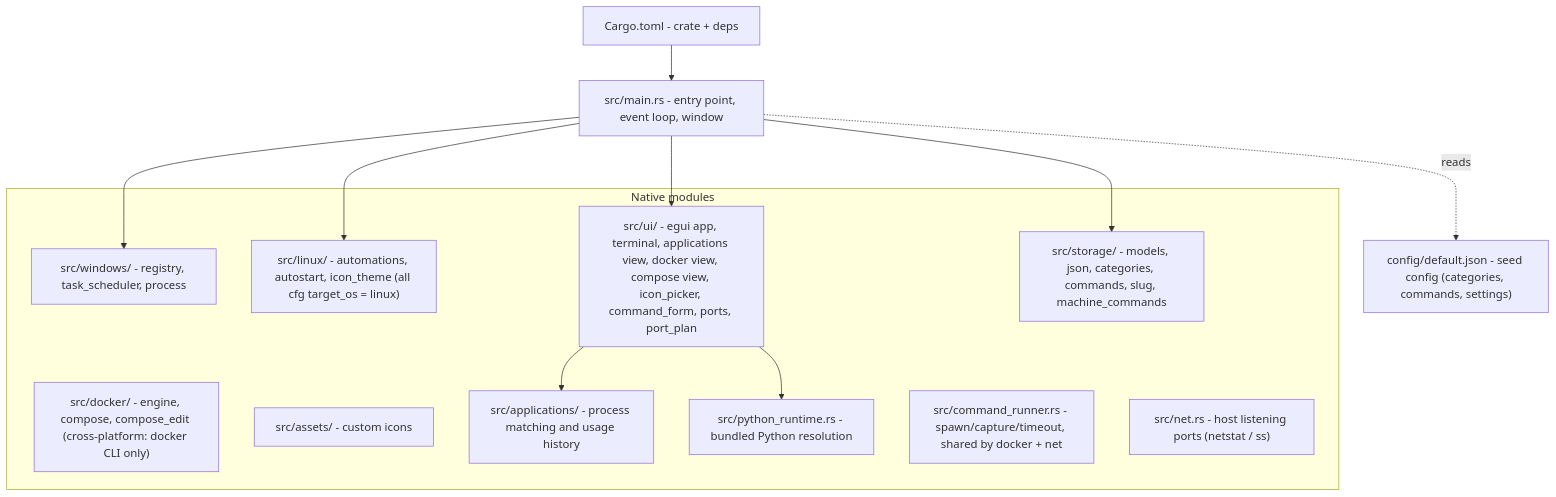
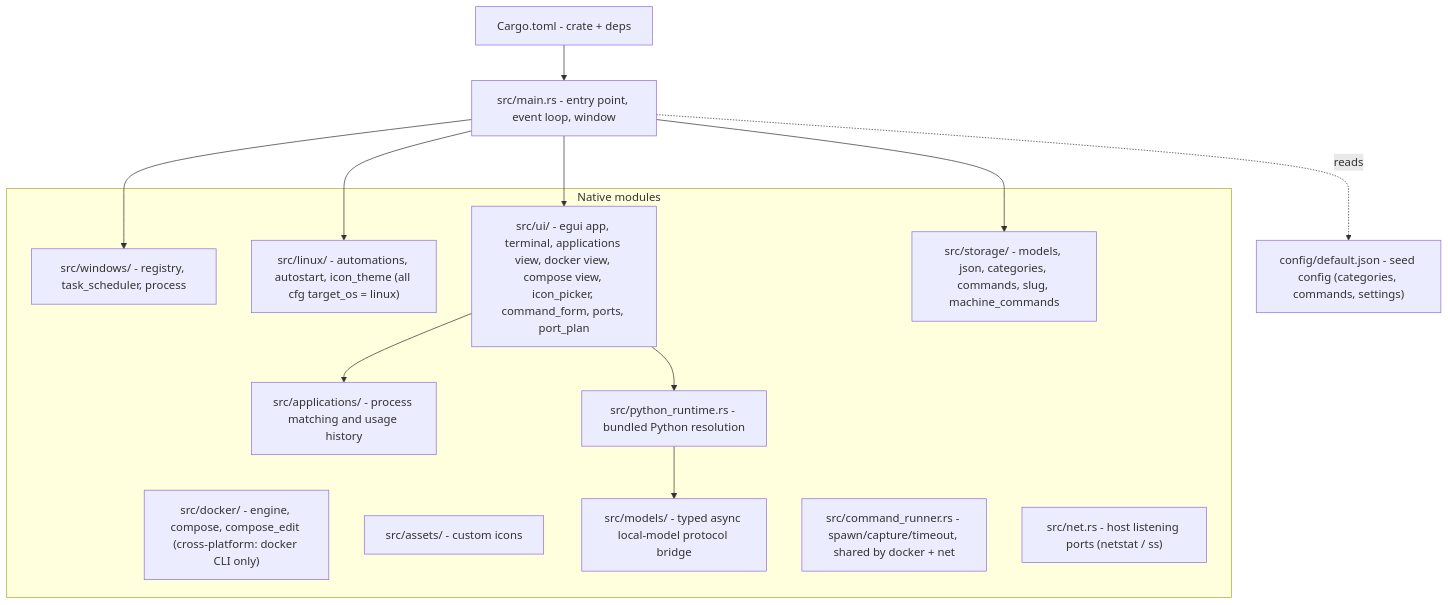
The diagram in aidd_docs/memory/codebase-map.md (RebelliousSmile/DevToolBox), drawn with Mermaid before and after one commit. The commit also changed other lines of this file and 10 other files, not shown here.

Commit message:
feat(models): add asynchronous Rust bridge

````diff
--- a/aidd_docs/memory/codebase-map.md
+++ b/aidd_docs/memory/codebase-map.md
@@ -6,29 +6,31 @@
 ```mermaid
 flowchart TD
     MAIN["src/main.rs - entry point, event loop, window"]
     CFG["config/default.json - seed config (categories, commands, settings)"]
     CARGO["Cargo.toml - crate + deps"]
 
     MAIN -.reads.-> CFG
     CARGO --> MAIN
 
     subgraph Native["Native modules"]
         WINMOD["src/windows/ - registry, task_scheduler, process"]
         LINMOD["src/linux/ - automations, autostart, icon_theme (all cfg target_os = linux)"]
         DOCKMOD["src/docker/ - engine, compose, compose_edit (cross-platform: docker CLI only)"]
         UIMOD["src/ui/ - egui app, terminal, applications view, docker view, compose view, icon_picker, command_form, ports, port_plan"]
         STOREMOD["src/storage/ - models, json, categories, commands, slug, machine_commands"]
         ASSETS["src/assets/ - custom icons"]
         APPMOD["src/applications/ - process matching and usage history"]
         PYRUN["src/python_runtime.rs - bundled Python resolution"]
+        MODELS["src/models/ - typed async local-model protocol bridge"]
         RUNNER["src/command_runner.rs - spawn/capture/timeout, shared by docker + net"]
         NETMOD["src/net.rs - host listening ports (netstat / ss)"]
     end
 
     MAIN --> WINMOD
     MAIN --> LINMOD
     MAIN --> UIMOD
     MAIN --> STOREMOD
     UIMOD --> APPMOD
     UIMOD --> PYRUN
+    PYRUN --> MODELS
 ```
````
